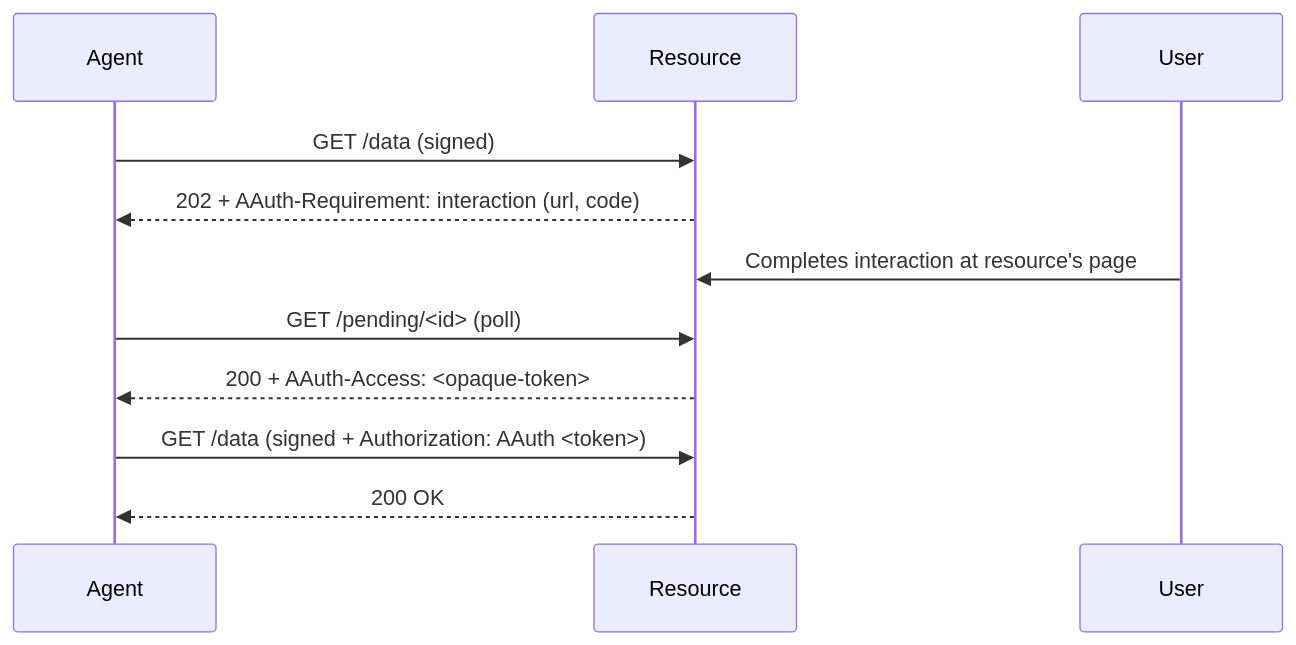
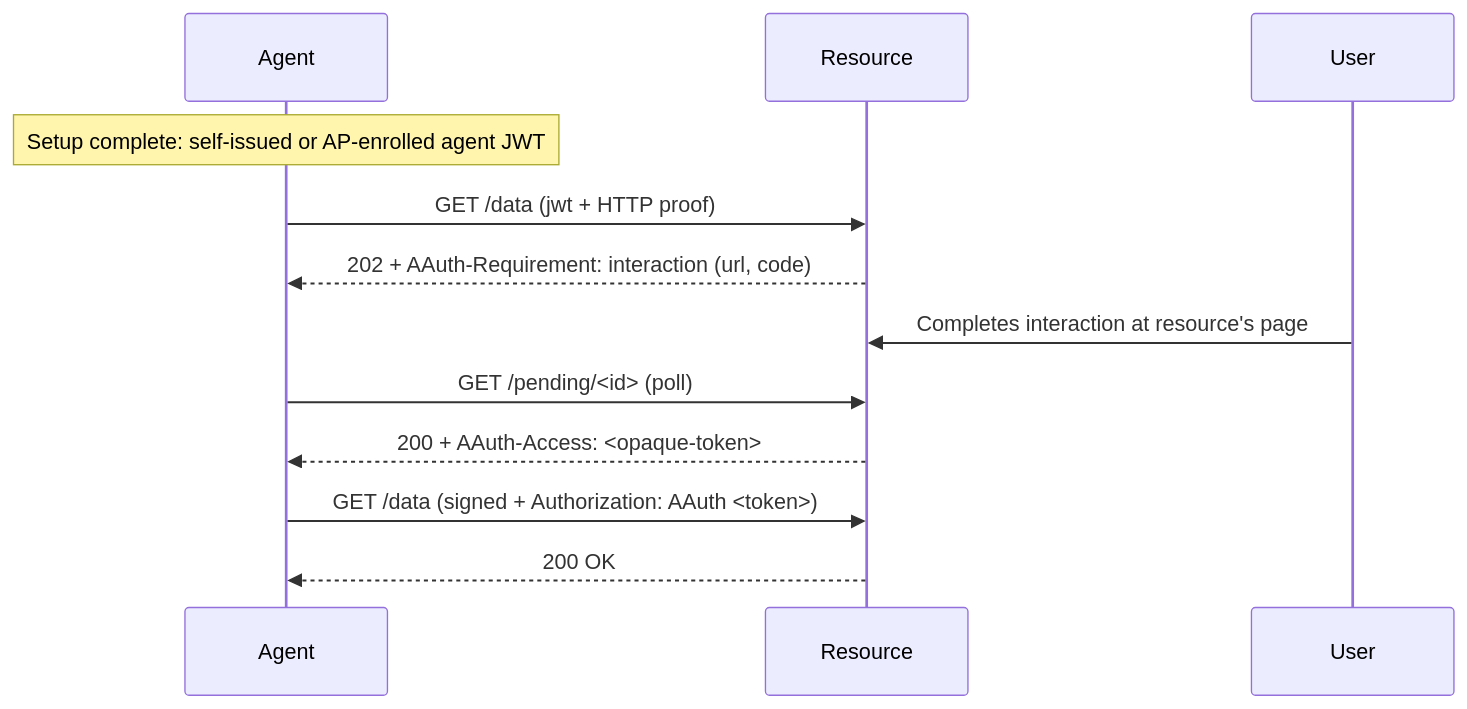
Before and after one commit to aauth-dev/dotnet-samples: the diagram in docs/workflows/resource-managed-access.md, drawn with Mermaid. The commit also changed other lines of this file and 61 other files, not shown here.

````diff
--- a/docs/workflows/resource-managed-access.md
+++ b/docs/workflows/resource-managed-access.md
@@ -15,13 +27,14 @@
 ```mermaid
 sequenceDiagram
     participant Agent
     participant Resource
     participant User
-    Agent->>Resource: GET /data (signed)
+    Note over Agent: Setup complete: self-issued or AP-enrolled agent JWT
+    Agent->>Resource: GET /data (jwt + HTTP proof)
     Resource-->>Agent: 202 + AAuth-Requirement: interaction (url, code)
     User->>Resource: Completes interaction at resource's page
     Agent->>Resource: GET /pending/<id> (poll)
     Resource-->>Agent: 200 + AAuth-Access: <opaque-token>
     Agent->>Resource: GET /data (signed + Authorization: AAuth <token>)
     Resource-->>Agent: 200 OK
 ```
````
